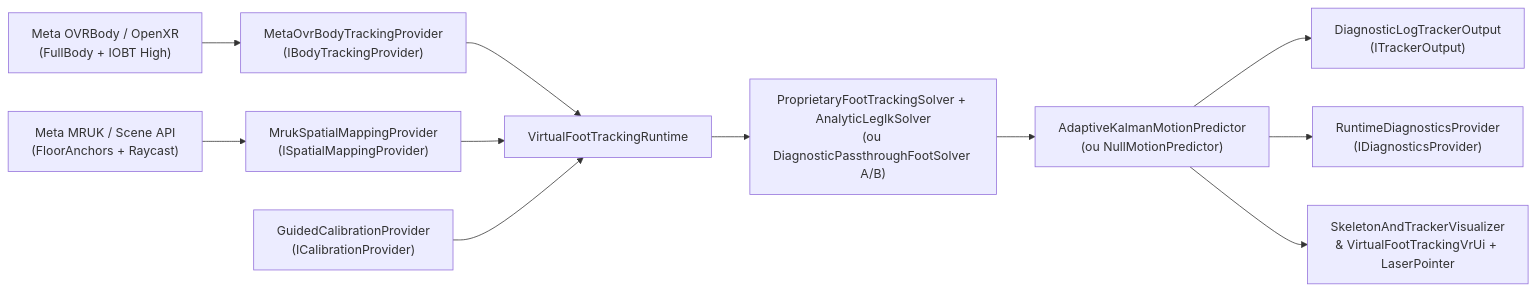
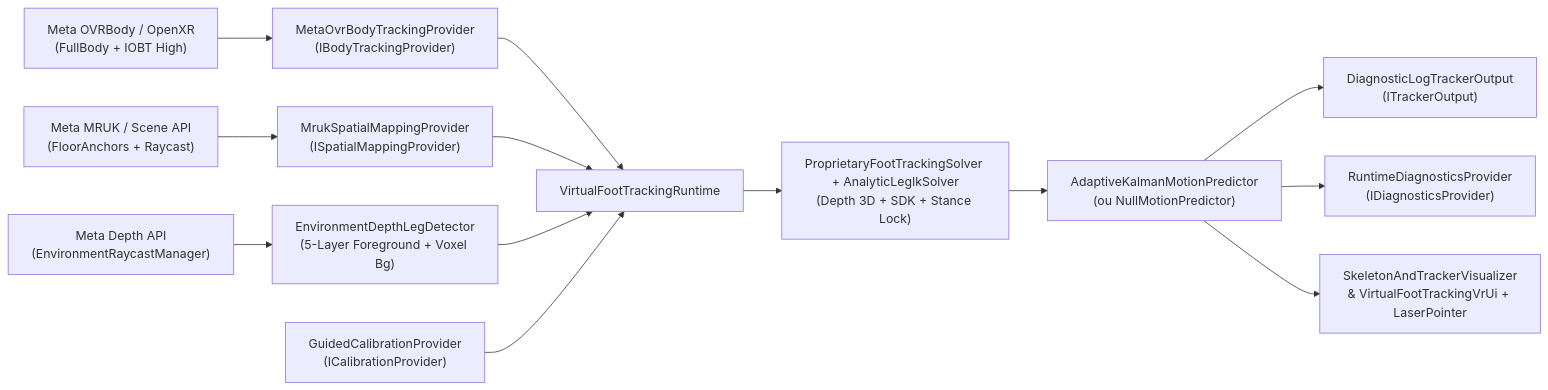
One commit to Ignuzzz/VirtualFootTracking changed the diagram in VirtualFootTracking/Documentation/02_Architecture_and_ADRs.md. Above: the diagram before and after it, drawn with Mermaid. The commit also changed other lines of this file and 23 other files, not shown here.

Commit message:
feat: implement v0.3.0 real-time Depth API leg/kick detection and sensor fusion

````diff
--- a/VirtualFootTracking/Documentation/02_Architecture_and_ADRs.md
+++ b/VirtualFootTracking/Documentation/02_Architecture_and_ADRs.md
@@ -7,16 +7,18 @@
 ```mermaid
 flowchart LR
     OVR["Meta OVRBody / OpenXR\n(FullBody + IOBT High)"] --> BTP["MetaOvrBodyTrackingProvider\n(IBodyTrackingProvider)"]
     MRUK["Meta MRUK / Scene API\n(FloorAnchors + Raycast)"] --> SMP["MrukSpatialMappingProvider\n(ISpatialMappingProvider)"]
+    DEPTH["Meta Depth API\n(EnvironmentRaycastManager)"] --> DLD["EnvironmentDepthLegDetector\n(5-Layer Foreground + Voxel Bg)"]
 
     BTP --> RT["VirtualFootTrackingRuntime"]
     SMP --> RT
+    DLD --> RT
     CAL["GuidedCalibrationProvider\n(ICalibrationProvider)"] --> RT
 
-    RT --> SOLV["ProprietaryFootTrackingSolver + AnalyticLegIkSolver\n(ou DiagnosticPassthroughFootSolver A/B)"]
+    RT --> SOLV["ProprietaryFootTrackingSolver + AnalyticLegIkSolver\n(Depth 3D + SDK + Stance Lock)"]
     SOLV --> PRED["AdaptiveKalmanMotionPredictor\n(ou NullMotionPredictor)"]
 
     PRED --> OUT["DiagnosticLogTrackerOutput\n(ITrackerOutput)"]
     PRED --> DIAG["RuntimeDiagnosticsProvider\n(IDiagnosticsProvider)"]
     PRED --> VIS["SkeletonAndTrackerVisualizer\n& VirtualFootTrackingVrUi + LaserPointer"]
 ```
````
